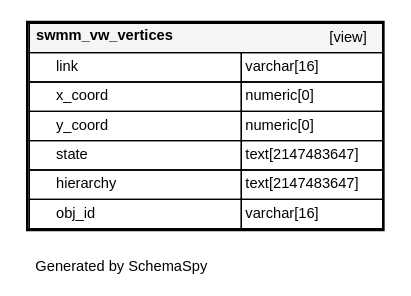
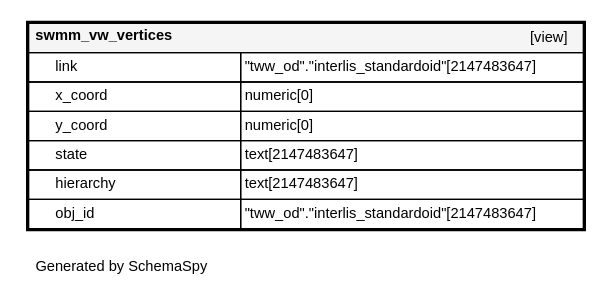
One commit to teksi/wastewater changed the diagram in latest/en/_static/datamodel/tww_app/diagrams/tables/swmm_vw_vertices.1degree.dot. Above: the diagram before and after it, drawn with Graphviz. The commit also changed 582 other files, not shown here.

```diff
--- a/latest/en/_static/datamodel/tww_app/diagrams/tables/swmm_vw_vertices.1degree.dot
+++ b/latest/en/_static/datamodel/tww_app/diagrams/tables/swmm_vw_vertices.1degree.dot
@@ -1,18 +1,18 @@
 digraph "oneDegreeRelationshipsDiagram" {
   graph [    rankdir="RL"    bgcolor="#ffffff"    label="\nGenerated by SchemaSpy"    labeljust="l"    nodesep="0.18"    ranksep="0.46"    fontname="Helvetica"    fontsize="11"    packmode="graph"  ];  node [    fontname="Helvetica"    fontsize="11"    shape="plaintext"  ];  edge [    arrowsize="0.8"  ];
   "swmm_vw_vertices" [
    label=<
     <TABLE BORDER="2" CELLBORDER="1" CELLSPACING="0" BGCOLOR="#ffffff">
       <TR><TD COLSPAN="4"  BGCOLOR="#f5f5f5"><TABLE BORDER="0" CELLSPACING="0"><TR><TD ALIGN="LEFT" FIXEDSIZE="TRUE" WIDTH="138" HEIGHT="16"><B>swmm_vw_vertices</B></TD><TD ALIGN="RIGHT">[view]</TD></TR></TABLE></TD></TR>
-      <TR><TD PORT="link" COLSPAN="2" ALIGN="LEFT"><TABLE BORDER="0" CELLSPACING="0" ALIGN="LEFT"><TR ALIGN="LEFT"><TD ALIGN="LEFT" FIXEDSIZE="TRUE" WIDTH="15" HEIGHT="16"></TD><TD ALIGN="LEFT" FIXEDSIZE="TRUE" WIDTH="138" HEIGHT="16">link</TD></TR></TABLE></TD><TD PORT="link.type" ALIGN="LEFT">varchar[16]</TD></TR>
+      <TR><TD PORT="link" COLSPAN="2" ALIGN="LEFT"><TABLE BORDER="0" CELLSPACING="0" ALIGN="LEFT"><TR ALIGN="LEFT"><TD ALIGN="LEFT" FIXEDSIZE="TRUE" WIDTH="15" HEIGHT="16"></TD><TD ALIGN="LEFT" FIXEDSIZE="TRUE" WIDTH="138" HEIGHT="16">link</TD></TR></TABLE></TD><TD PORT="link.type" ALIGN="LEFT">&quot;tww_od&quot;.&quot;interlis_standardoid&quot;[2147483647]</TD></TR>
       <TR><TD PORT="x_coord" COLSPAN="2" ALIGN="LEFT"><TABLE BORDER="0" CELLSPACING="0" ALIGN="LEFT"><TR ALIGN="LEFT"><TD ALIGN="LEFT" FIXEDSIZE="TRUE" WIDTH="15" HEIGHT="16"></TD><TD ALIGN="LEFT" FIXEDSIZE="TRUE" WIDTH="138" HEIGHT="16">x_coord</TD></TR></TABLE></TD><TD PORT="x_coord.type" ALIGN="LEFT">numeric[0]</TD></TR>
       <TR><TD PORT="y_coord" COLSPAN="2" ALIGN="LEFT"><TABLE BORDER="0" CELLSPACING="0" ALIGN="LEFT"><TR ALIGN="LEFT"><TD ALIGN="LEFT" FIXEDSIZE="TRUE" WIDTH="15" HEIGHT="16"></TD><TD ALIGN="LEFT" FIXEDSIZE="TRUE" WIDTH="138" HEIGHT="16">y_coord</TD></TR></TABLE></TD><TD PORT="y_coord.type" ALIGN="LEFT">numeric[0]</TD></TR>
       <TR><TD PORT="state" COLSPAN="2" ALIGN="LEFT"><TABLE BORDER="0" CELLSPACING="0" ALIGN="LEFT"><TR ALIGN="LEFT"><TD ALIGN="LEFT" FIXEDSIZE="TRUE" WIDTH="15" HEIGHT="16"></TD><TD ALIGN="LEFT" FIXEDSIZE="TRUE" WIDTH="138" HEIGHT="16">state</TD></TR></TABLE></TD><TD PORT="state.type" ALIGN="LEFT">text[2147483647]</TD></TR>
       <TR><TD PORT="hierarchy" COLSPAN="2" ALIGN="LEFT"><TABLE BORDER="0" CELLSPACING="0" ALIGN="LEFT"><TR ALIGN="LEFT"><TD ALIGN="LEFT" FIXEDSIZE="TRUE" WIDTH="15" HEIGHT="16"></TD><TD ALIGN="LEFT" FIXEDSIZE="TRUE" WIDTH="138" HEIGHT="16">hierarchy</TD></TR></TABLE></TD><TD PORT="hierarchy.type" ALIGN="LEFT">text[2147483647]</TD></TR>
-      <TR><TD PORT="obj_id" COLSPAN="2" ALIGN="LEFT"><TABLE BORDER="0" CELLSPACING="0" ALIGN="LEFT"><TR ALIGN="LEFT"><TD ALIGN="LEFT" FIXEDSIZE="TRUE" WIDTH="15" HEIGHT="16"></TD><TD ALIGN="LEFT" FIXEDSIZE="TRUE" WIDTH="138" HEIGHT="16">obj_id</TD></TR></TABLE></TD><TD PORT="obj_id.type" ALIGN="LEFT">varchar[16]</TD></TR>
+      <TR><TD PORT="obj_id" COLSPAN="2" ALIGN="LEFT"><TABLE BORDER="0" CELLSPACING="0" ALIGN="LEFT"><TR ALIGN="LEFT"><TD ALIGN="LEFT" FIXEDSIZE="TRUE" WIDTH="15" HEIGHT="16"></TD><TD ALIGN="LEFT" FIXEDSIZE="TRUE" WIDTH="138" HEIGHT="16">obj_id</TD></TR></TABLE></TD><TD PORT="obj_id.type" ALIGN="LEFT">&quot;tww_od&quot;.&quot;interlis_standardoid&quot;[2147483647]</TD></TR>
     </TABLE>>
     URL="../../tables/swmm_vw_vertices.html"
     target="_top"
     tooltip="swmm_vw_vertices"
   ];
 }
```
